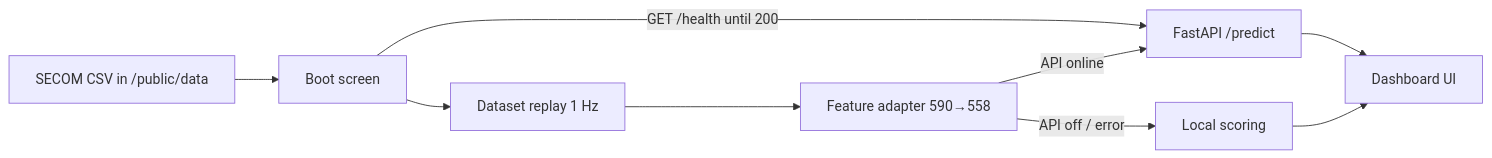
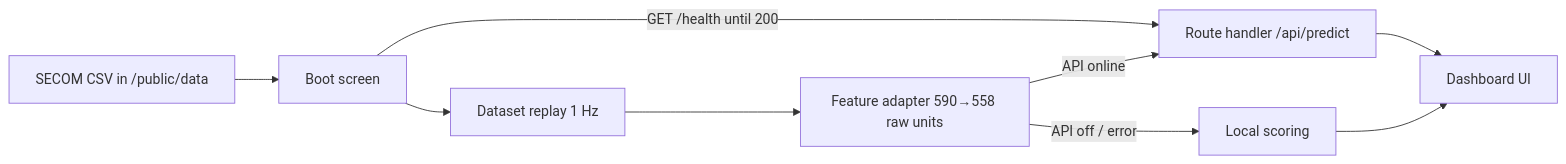
The diagram in README.md (sidnei-almeida/industrial-iot-anomaly-monitor), drawn with Mermaid before and after one commit. The commit also changed other lines of this file and 22 other files, not shown here.

````diff
--- a/README.md
+++ b/README.md
@@ -55,19 +53,19 @@
 ```mermaid
 flowchart LR
   CSV[SECOM CSV in /public/data]
   BOOT[Boot screen]
   STREAM[Dataset replay 1 Hz]
-  ADAPT[Feature adapter 590→558]
-  API[FastAPI /predict]
+  ADAPT[Feature adapter 590→558 raw units]
+  API[Route handler /api/predict]
   LOCAL[Local scoring]
   UI[Dashboard UI]
 
   CSV --> BOOT
   BOOT -->|GET /health until 200| API
   BOOT --> STREAM
   STREAM --> ADAPT
   ADAPT -->|API online| API
   ADAPT -->|API off / error| LOCAL
   API --> UI
   LOCAL --> UI
 ```
````
